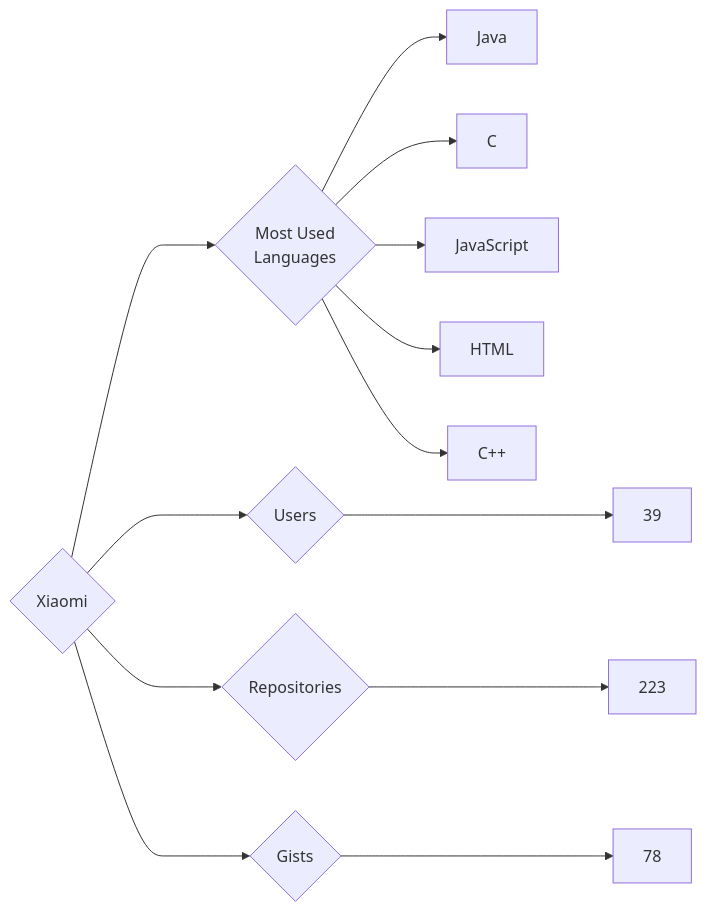
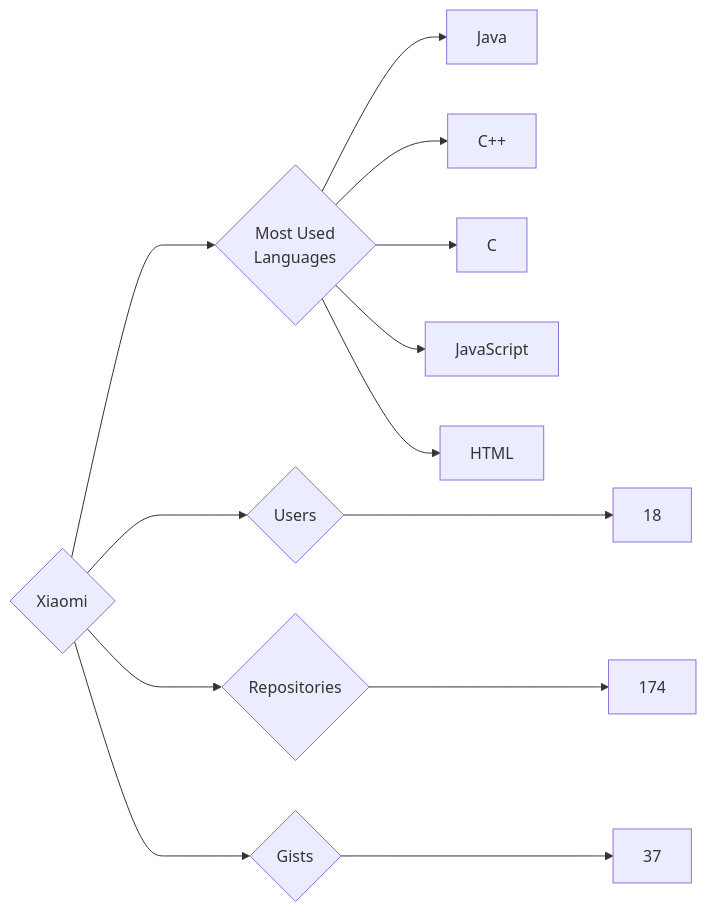
Before and after one commit to trickest/insiders: the diagram in targets/Xiaomi/README.md, drawn with Mermaid. The commit also changed 912 other files, not shown here.

````diff
--- a/targets/Xiaomi/README.md
+++ b/targets/Xiaomi/README.md
@@ -3,13 +3,13 @@
 ```mermaid
 graph LR
 COMPANY_NAME{Xiaomi}
-COMPANY_NAME ---> U{Users} ---> UN[39]
-COMPANY_NAME ---> R{Repositories} ---> RN[223]
-COMPANY_NAME ---> G{Gists} ---> GN[78]
+COMPANY_NAME ---> U{Users} ---> UN[18]
+COMPANY_NAME ---> R{Repositories} ---> RN[174]
+COMPANY_NAME ---> G{Gists} ---> GN[37]
 COMPANY_NAME ---> ML{Most Used<br>Languages}
 ML --> Java[Java]
+ML --> C++[C++]
 ML --> C[C]
 ML --> JavaScript[JavaScript]
 ML --> HTML[HTML]
-ML --> C++[C++]
 ```
````
